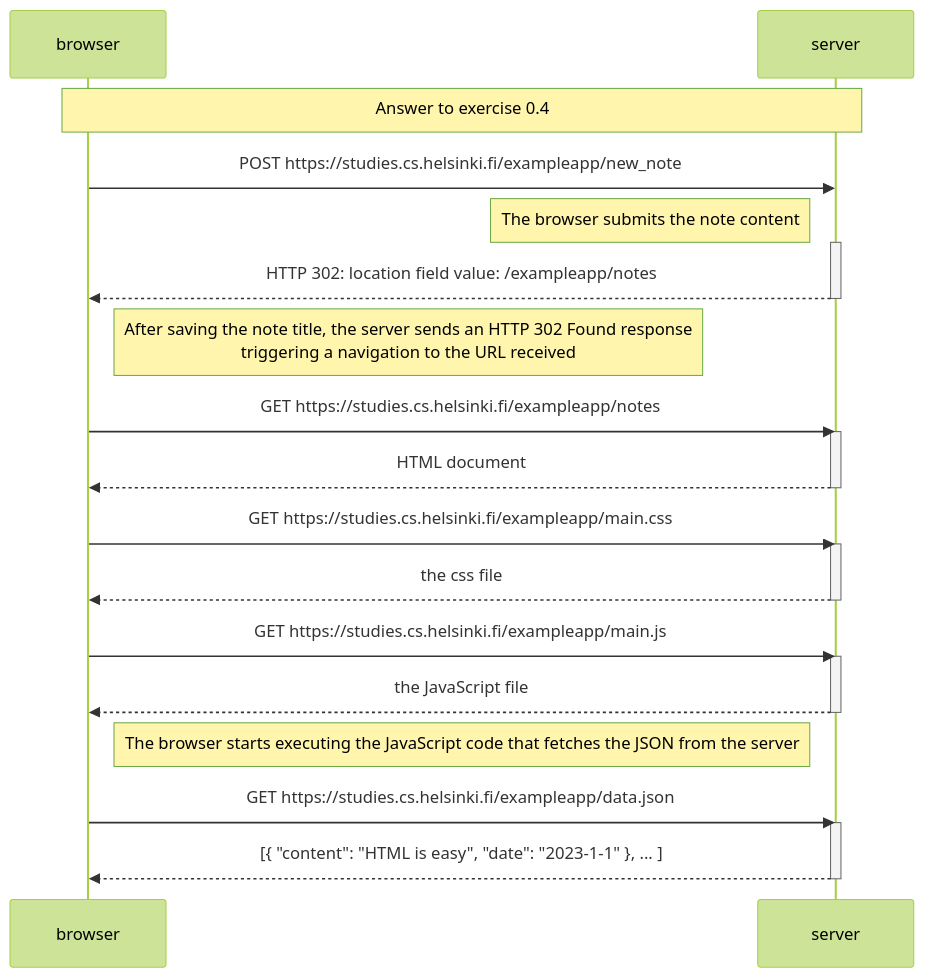
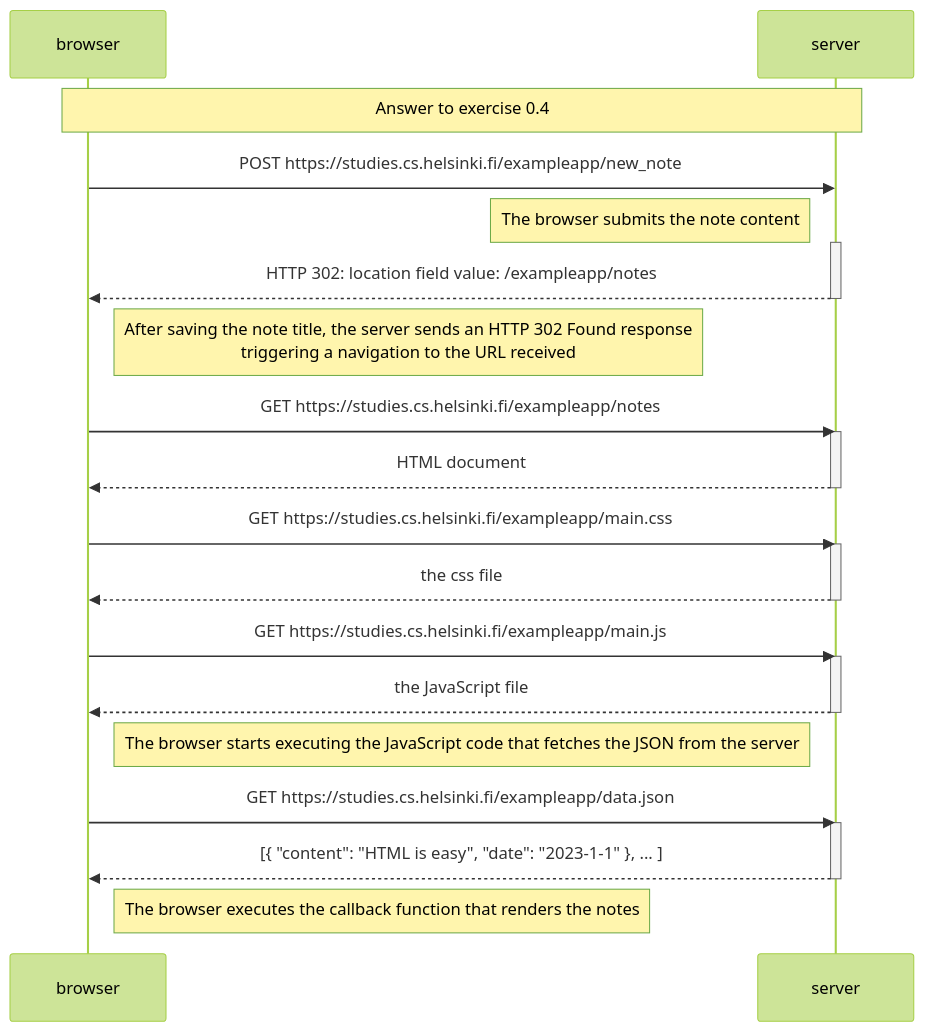
One commit to arthurvmdantas/fullstackopen changed the diagram in part0/exercise-0.4.md. Above: the diagram before and after it, drawn with Mermaid (forest theme).

Commit message:
Update exercise-0.4.md
Adding missing note

````diff
--- a/part0/exercise-0.4.md
+++ b/part0/exercise-0.4.md
@@ -2,38 +2,40 @@
 ```mermaid
 sequenceDiagram
     participant browser
     participant server
 
     Note over browser,server: Answer to exercise 0.4
 
     browser->>server: POST https://studies.cs.helsinki.fi/exampleapp/new_note
     Note left of server: The browser submits the note content 
     
     activate server
     server-->>browser: HTTP 302: location field value: /exampleapp/notes
     deactivate server
 
     Note right of browser: After saving the note title, the server sends an HTTP 302 Found response <br/>triggering a navigation to the URL received
 
     browser->>server: GET https://studies.cs.helsinki.fi/exampleapp/notes
     activate server
     server-->>browser: HTML document
     deactivate server
 
     browser->>server: GET https://studies.cs.helsinki.fi/exampleapp/main.css
     activate server
     server-->>browser: the css file
     deactivate server
 
     browser->>server: GET https://studies.cs.helsinki.fi/exampleapp/main.js
     activate server
     server-->>browser: the JavaScript file
     deactivate server
 
     Note right of browser: The browser starts executing the JavaScript code that fetches the JSON from the server
 
     browser->>server: GET https://studies.cs.helsinki.fi/exampleapp/data.json
     activate server
     server-->>browser: [{ "content": "HTML is easy", "date": "2023-1-1" }, ... ]
     deactivate server
+
+    Note right of browser: The browser executes the callback function that renders the notes
 ```
````
